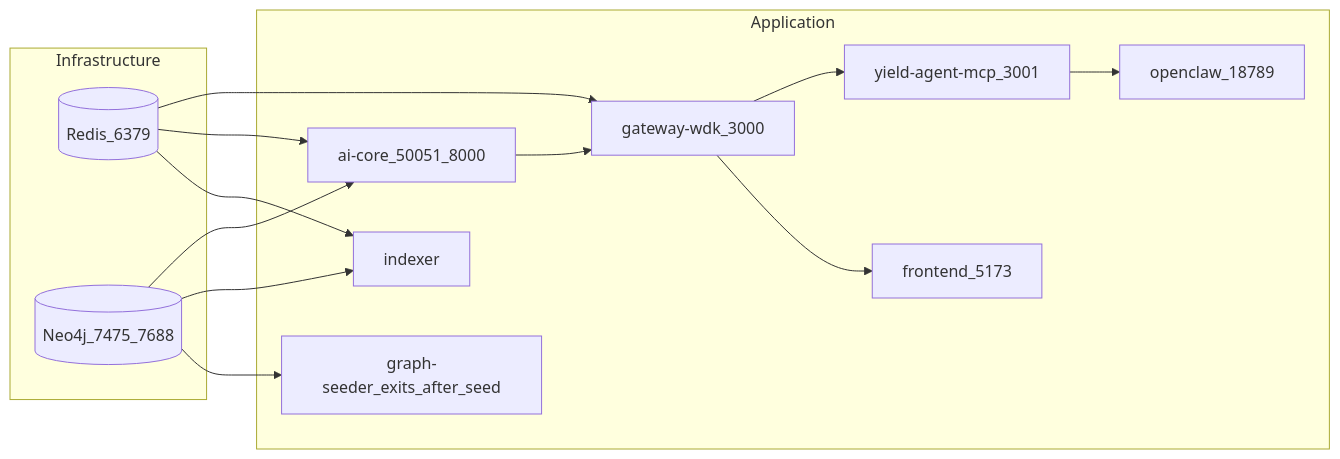
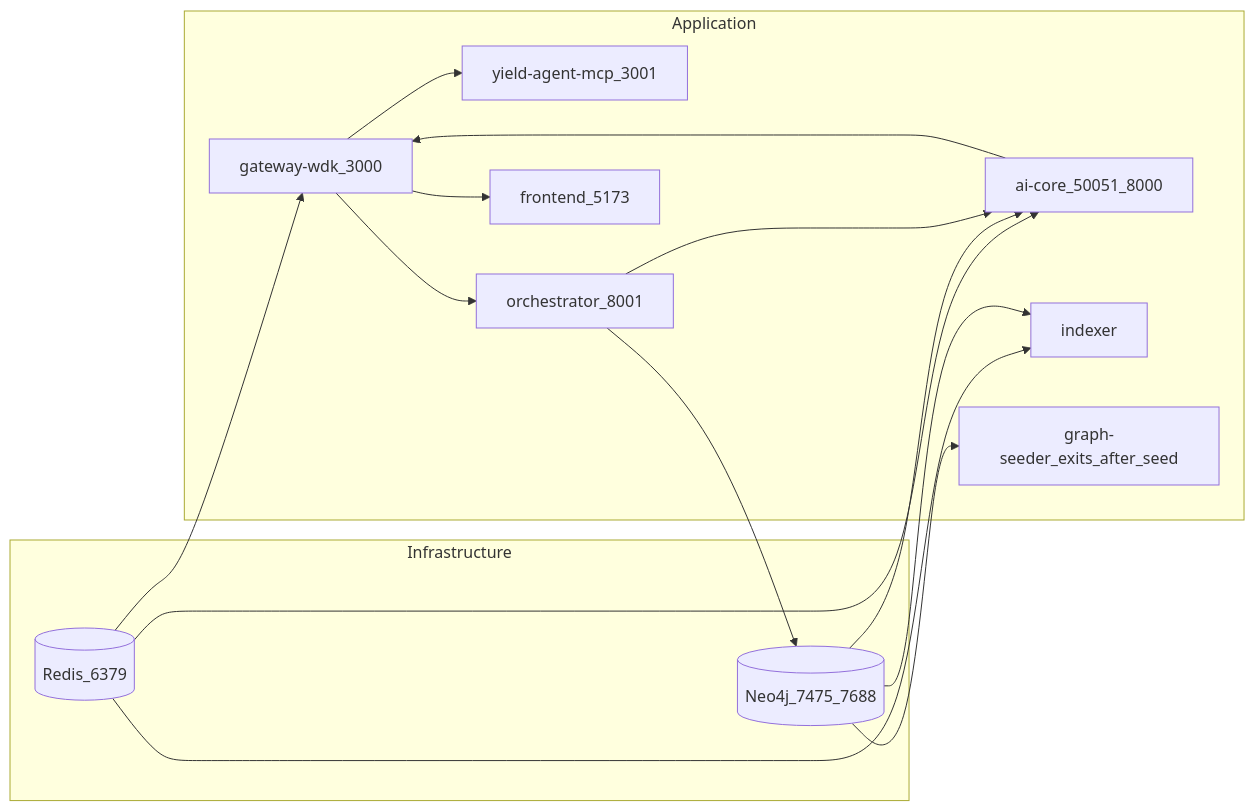
The diagram in docs/SETUP.md (Godwin-88/probable-octo-chainsaw), drawn with Mermaid before and after one commit. The commit also changed other lines of this file and 798 other files, not shown here.

````diff
--- a/docs/SETUP.md
+++ b/docs/SETUP.md
@@ -40,26 +40,28 @@
 ```mermaid
 flowchart LR
   subgraph infra [Infrastructure]
     Redis[(Redis_6379)]
     Neo4j[(Neo4j_7475_7688)]
   end
   subgraph app [Application]
     Gateway[gateway-wdk_3000]
     AICore[ai-core_50051_8000]
     MCP[yield-agent-mcp_3001]
-    OpenClaw[openclaw_18789]
+    Orchestrator[orchestrator_8001]
     Frontend[frontend_5173]
     Indexer[indexer]
     GraphSeeder[graph-seeder_exits_after_seed]
   end
   Redis --> Gateway
   Redis --> AICore
   Redis --> Indexer
   Neo4j --> AICore
   Neo4j --> Indexer
   Neo4j --> GraphSeeder
   AICore --> Gateway
   Gateway --> MCP
-  MCP --> OpenClaw
+  Gateway --> Orchestrator
+  Orchestrator --> AICore
+  Orchestrator --> Neo4j
   Gateway --> Frontend
 ```
````
